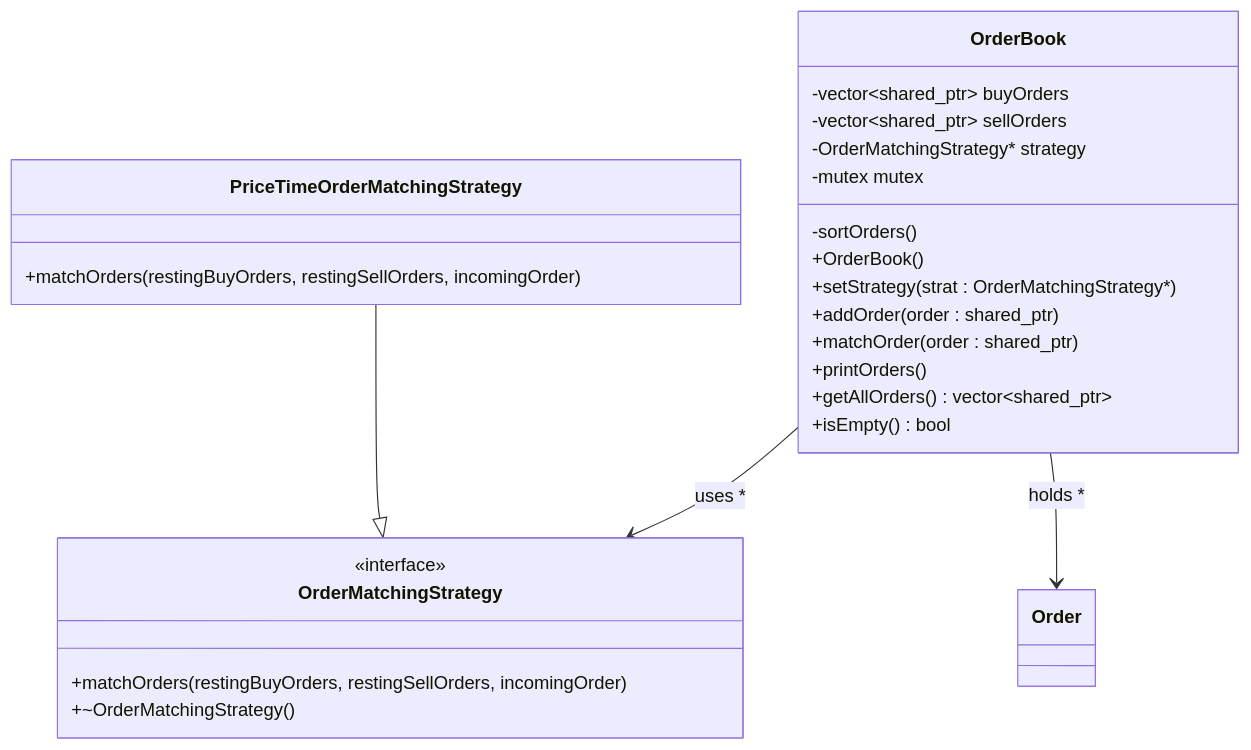
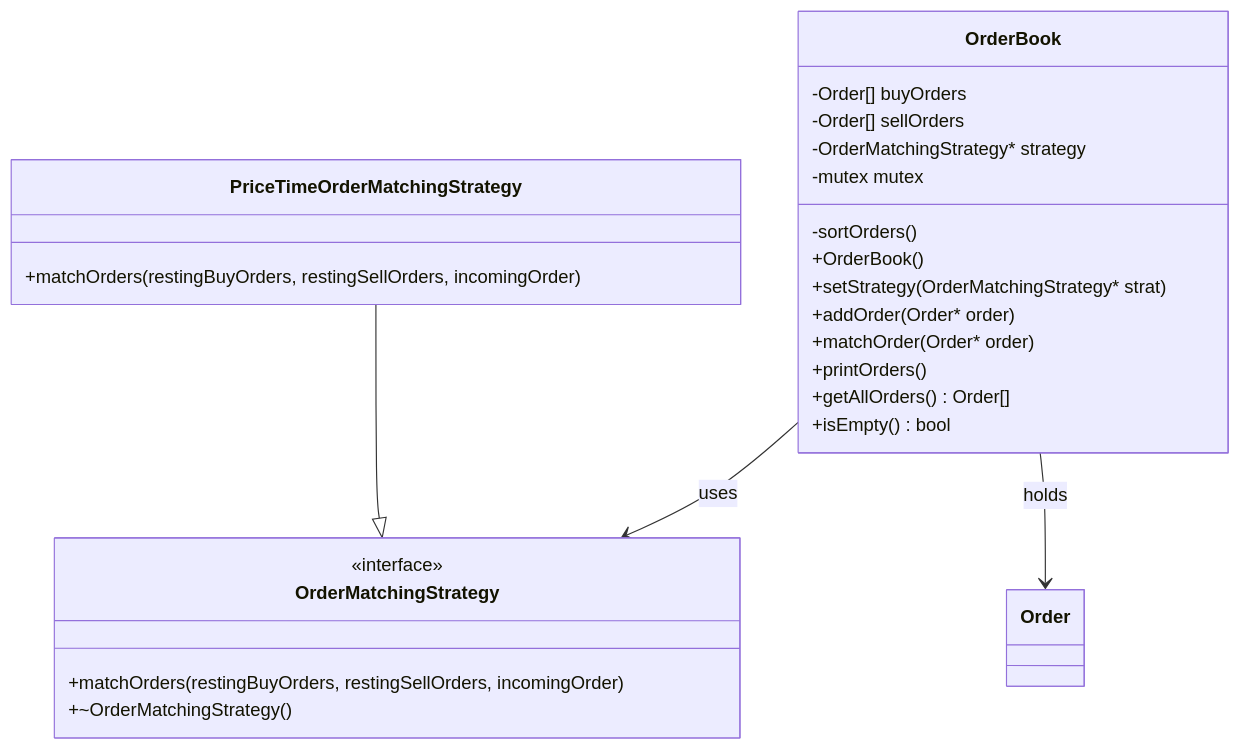
One commit to ArjunXvarma/mini-quant-trading-engine changed the third of 5 diagrams in README.md. Above: the diagram before and after it, drawn with Mermaid. The commit also changed other lines of this file and 9 other files, not shown here.

````diff
--- a/README.md
+++ b/README.md
@@ -141,31 +170,31 @@
 ```mermaid
 classDiagram
     class OrderMatchingStrategy {
         <<interface>>
         +matchOrders(restingBuyOrders, restingSellOrders, incomingOrder)
         +~OrderMatchingStrategy()
     }
 
     class PriceTimeOrderMatchingStrategy {
         +matchOrders(restingBuyOrders, restingSellOrders, incomingOrder)
     }
 
     class OrderBook {
-        -vector~shared_ptr<Order>~ buyOrders
-        -vector~shared_ptr<Order>~ sellOrders
+        -Order[] buyOrders
+        -Order[] sellOrders
         -OrderMatchingStrategy* strategy
         -mutex mutex
         -sortOrders()
         +OrderBook()
-        +setStrategy(strat : OrderMatchingStrategy*)
-        +addOrder(order : shared_ptr<Order>)
-        +matchOrder(order : shared_ptr<Order>)
+        +setStrategy(OrderMatchingStrategy* strat)
+        +addOrder(Order* order)
+        +matchOrder(Order* order)
         +printOrders()
-        +getAllOrders() vector~shared_ptr<Order>~
+        +getAllOrders() Order[]
         +isEmpty() bool
     }
 
     PriceTimeOrderMatchingStrategy --|> OrderMatchingStrategy
-    OrderBook --> OrderMatchingStrategy : uses *
-    OrderBook --> Order : holds *
+    OrderBook --> OrderMatchingStrategy : uses
+    OrderBook --> Order : holds
 ```
````
